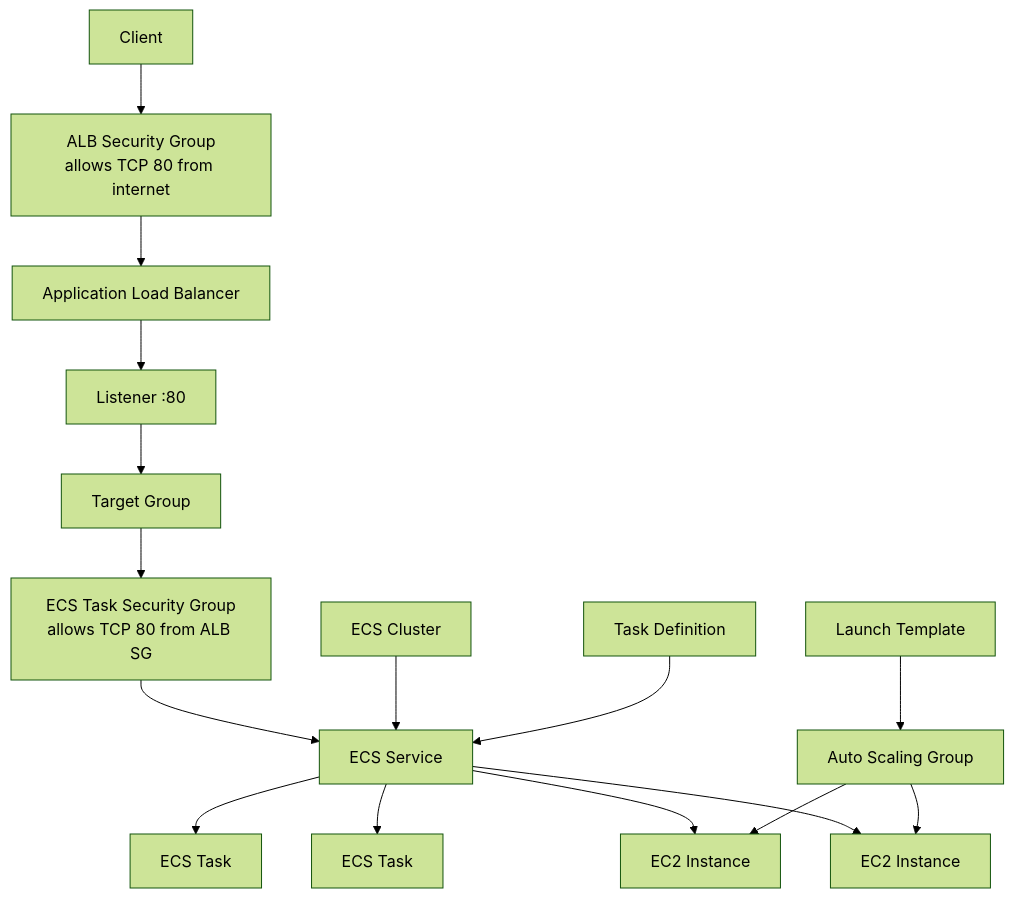
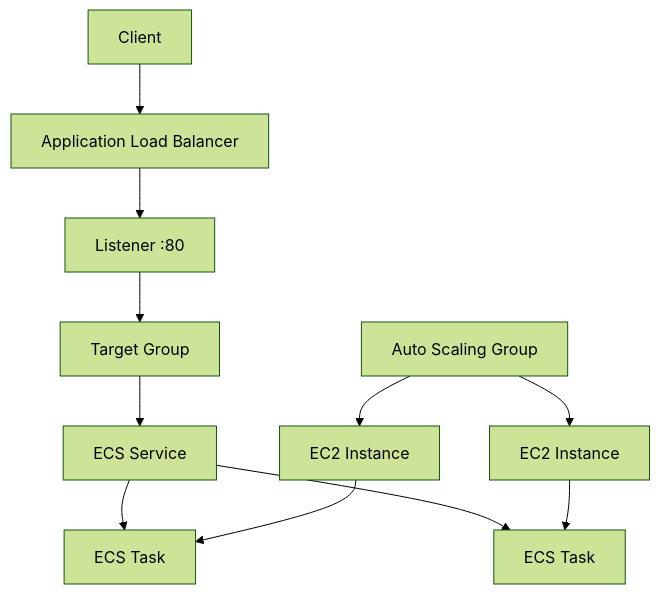
Before and after one commit to mohammedhammoud/aws-terraform-labs: the diagram in projects/09-ecs-ec2-alb/README.md, drawn with Mermaid (forest theme). The commit also changed other lines of this file and 17 other files, not shown here.

````diff
--- a/projects/09-ecs-ec2-alb/README.md
+++ b/projects/09-ecs-ec2-alb/README.md
@@ -11,28 +7,13 @@
 ```mermaid
 flowchart TD
-
-  Client[Client]
-    --> ALBSG[ALB Security Group<br/>allows TCP 80 from internet]
-
-  ALBSG --> ALB[Application Load Balancer]
+  Client[Client] --> ALB[Application Load Balancer]
   ALB --> Listener[Listener :80]
   Listener --> TG[Target Group]
-
-  TG --> TaskSG[ECS Task Security Group<br/>allows TCP 80 from ALB SG]
-
-  TaskSG --> ECS[ECS Service]
-
-  ECS --> Task1[ECS Task]
-  ECS --> Task2[ECS Task]
-
-  Cluster[ECS Cluster] --> ECS
-  TaskDef[Task Definition] --> ECS
-
-  ECS --> EC2A[EC2 Instance]
-  ECS --> EC2B[EC2 Instance]
-
-  ASG[Auto Scaling Group] --> EC2A
-  ASG --> EC2B
-
-  LT[Launch Template] --> ASG
+  TG --> Service[ECS Service]
+  Service --> Task1[ECS Task]
+  Service --> Task2[ECS Task]
+  ASG[Auto Scaling Group] --> EC2A[EC2 Instance]
+  ASG --> EC2B[EC2 Instance]
+  EC2A --> Task1
+  EC2B --> Task2
 ```
````
